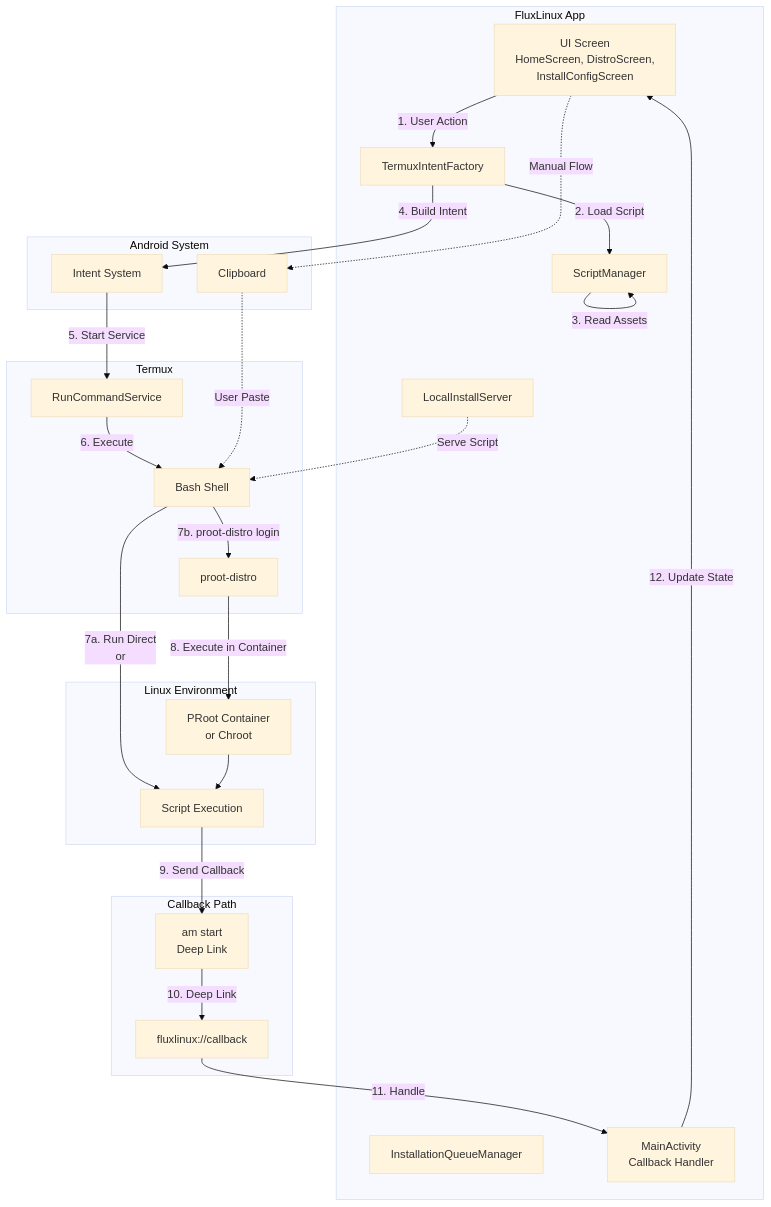
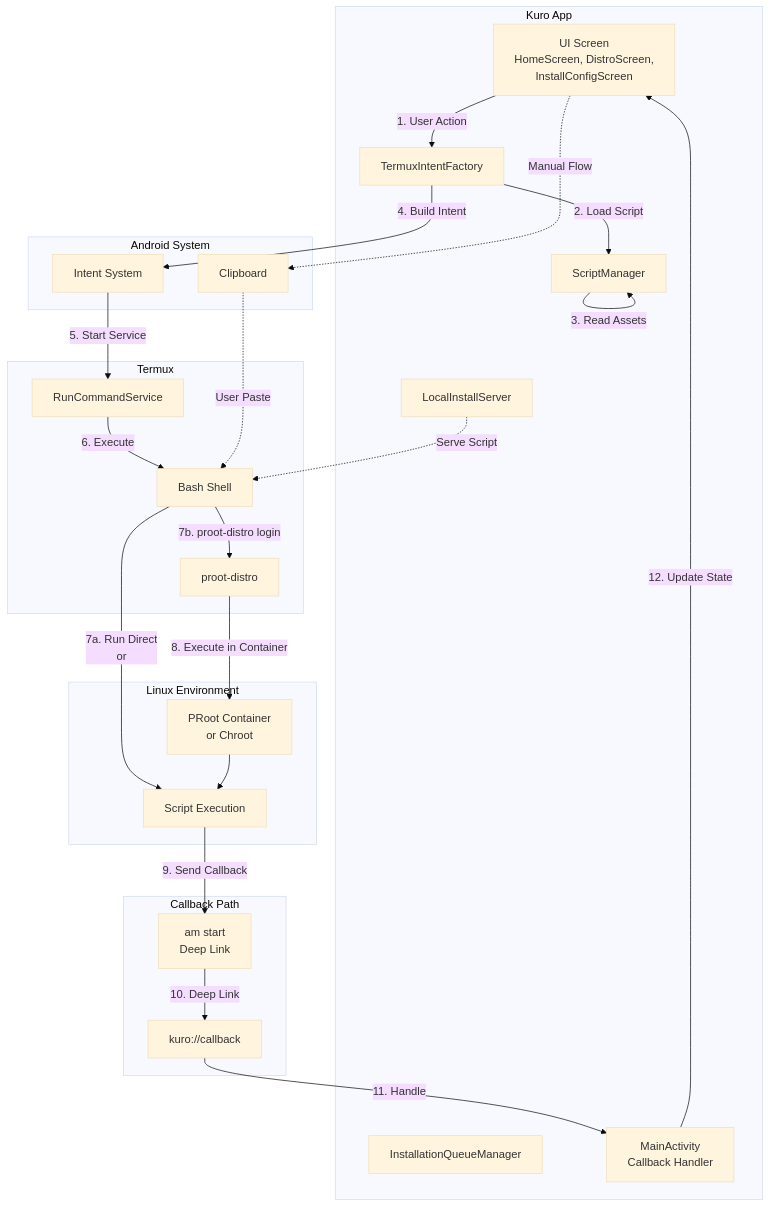
The first of 15 diagrams in docs/script_execution_workflow.md (HakaI963/kuro), drawn with Mermaid (base theme) before and after one commit. The commit also changed other lines of this file and 573 other files, not shown here.

````diff
--- a/docs/script_execution_workflow.md
+++ b/docs/script_execution_workflow.md
@@ -27,51 +27,51 @@
 ```mermaid
 flowchart TB
-    subgraph "FluxLinux App"
+    subgraph "Kuro App"
         UI[UI Screen<br/>HomeScreen, DistroScreen,<br/>InstallConfigScreen]
         TIF[TermuxIntentFactory]
         SM[ScriptManager]
         QM[InstallationQueueManager]
         MA[MainActivity<br/>Callback Handler]
         LIS[LocalInstallServer]
     end
     
     subgraph "Android System"
         CB[Clipboard]
         IS[Intent System]
     end
     
     subgraph "Termux"
         RCS[RunCommandService]
         BASH[Bash Shell]
         PROOT[proot-distro]
     end
     
     subgraph "Linux Environment"
         DISTRO[PRoot Container<br/>or Chroot]
         SCRIPT[Script Execution]
     end
     
     subgraph "Callback Path"
         AM[am start<br/>Deep Link]
-        DL[fluxlinux://callback]
+        DL[kuro://callback]
     end
     
     UI --> |1. User Action| TIF
     TIF --> |2. Load Script| SM
     SM --> |3. Read Assets| SM
     TIF --> |4. Build Intent| IS
     IS --> |5. Start Service| RCS
     RCS --> |6. Execute| BASH
     BASH --> |7a. Run Direct<br/>or| SCRIPT
     BASH --> |7b. proot-distro login| PROOT
     PROOT --> |8. Execute in Container| DISTRO
     DISTRO --> SCRIPT
     SCRIPT --> |9. Send Callback| AM
     AM --> |10. Deep Link| DL
     DL --> |11. Handle| MA
     MA --> |12. Update State| UI
     
     UI -.-> |Manual Flow| CB
     CB -.-> |User Paste| BASH
     LIS -.-> |Serve Script| BASH
 ```
````
